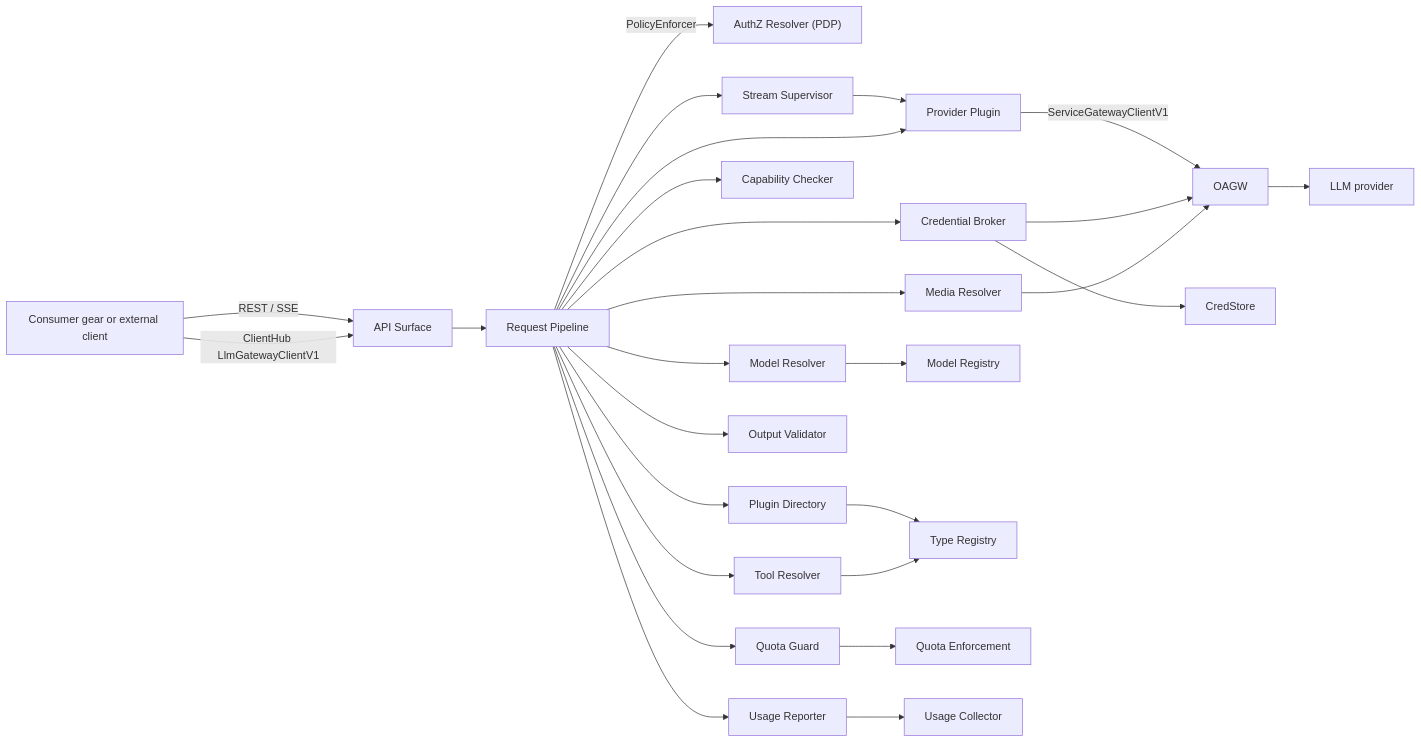
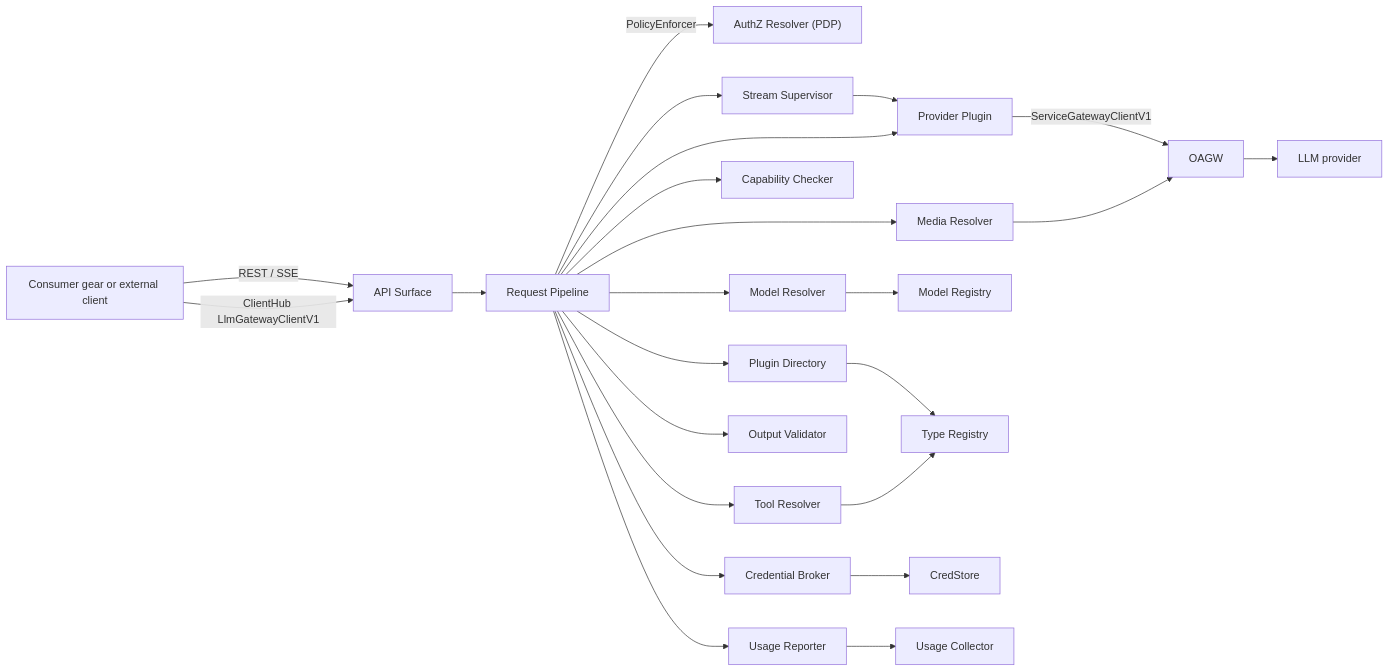
Before and after one commit to AndIConstructor/gears-rust: the first of 14 diagrams in gears/llm-gateway/docs/DESIGN.md, drawn with Mermaid. The commit also changed other lines of this file and 1 other file, not shown here.

````diff
--- a/gears/llm-gateway/docs/DESIGN.md
+++ b/gears/llm-gateway/docs/DESIGN.md
@@ -256,29 +254,26 @@
 ```mermaid
 graph LR
     CONS["Consumer gear or external client"] -->|REST / SSE| API["API Surface"]
     CONS -->|ClientHub LlmGatewayClientV1| API
     API --> PIPE["Request Pipeline"]
     PIPE -->|PolicyEnforcer| AZ["AuthZ Resolver (PDP)"]
     PIPE --> MR["Model Resolver"]
     PIPE --> PDIR["Plugin Directory"]
     PIPE --> CC["Capability Checker"]
     PIPE --> TR["Tool Resolver"]
-    PIPE --> QG["Quota Guard"]
     PIPE --> CB["Credential Broker"]
     PIPE --> MEDIA["Media Resolver"]
     PIPE --> SUP["Stream Supervisor"]
     PIPE --> OV["Output Validator"]
     PIPE --> UR["Usage Reporter"]
     SUP --> PLUG["Provider Plugin"]
     PIPE --> PLUG
     PLUG -->|ServiceGatewayClientV1| OAGW["OAGW"]
     OAGW --> PROV["LLM provider"]
     MR --> MRG["Model Registry"]
     PDIR --> TYR["Type Registry"]
     TR --> TYR
-    CB --> OAGW
     CB --> CS["CredStore"]
-    QG --> QE["Quota Enforcement"]
     UR --> UC["Usage Collector"]
     MEDIA --> OAGW
 ```
````
